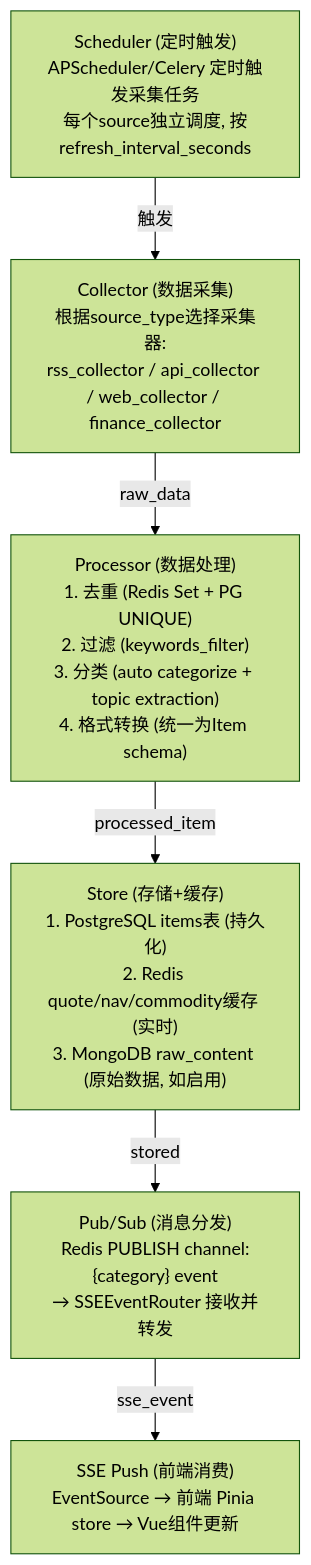
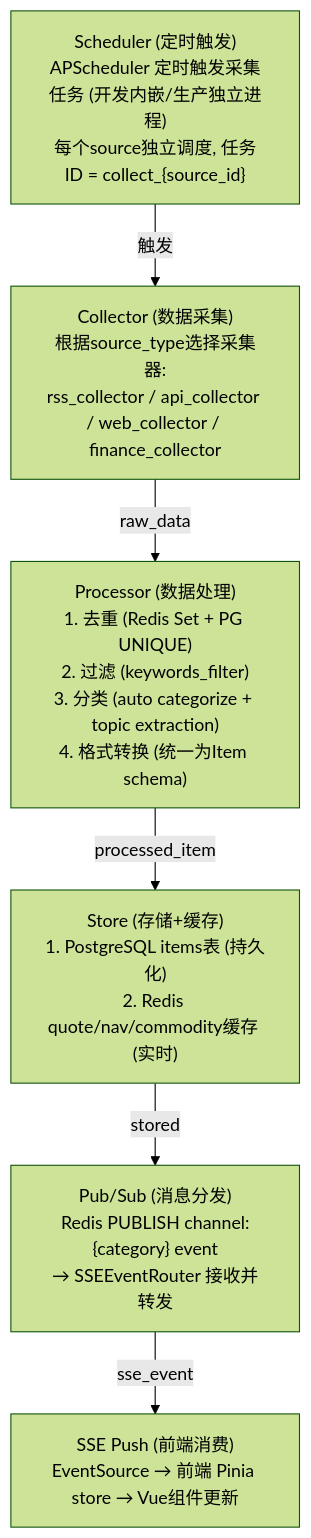
One commit to onceme/instantboard changed the first of 12 diagrams in docs/design/data-flow.md. Above: the diagram before and after it, drawn with Mermaid (forest theme). The commit also changed other lines of this file and 14 other files, not shown here.

````diff
--- a/docs/design/data-flow.md
+++ b/docs/design/data-flow.md
@@ -42,9 +42,9 @@
 ```mermaid
 graph TD
-    Scheduler["Scheduler (定时触发)<br>APScheduler/Celery 定时触发采集任务<br>每个source独立调度, 按refresh_interval_seconds"]
+    Scheduler["Scheduler (定时触发)<br>APScheduler 定时触发采集任务 (开发内嵌/生产独立进程)<br>每个source独立调度, 任务ID = collect_{source_id}"]
     Scheduler -->|"触发"| Collector["Collector (数据采集)<br>根据source_type选择采集器:<br>rss_collector / api_collector / web_collector / finance_collector"]
     Collector -->|"raw_data"| Processor["Processor (数据处理)<br>1. 去重 (Redis Set + PG UNIQUE)<br>2. 过滤 (keywords_filter)<br>3. 分类 (auto categorize + topic extraction)<br>4. 格式转换 (统一为Item schema)"]
-    Processor -->|"processed_item"| Store["Store (存储+缓存)<br>1. PostgreSQL items表 (持久化)<br>2. Redis quote/nav/commodity缓存 (实时)<br>3. MongoDB raw_content (原始数据, 如启用)"]
+    Processor -->|"processed_item"| Store["Store (存储+缓存)<br>1. PostgreSQL items表 (持久化)<br>2. Redis quote/nav/commodity缓存 (实时)"]
     Store -->|"stored"| PubSub["Pub/Sub (消息分发)<br>Redis PUBLISH channel:{category} event<br>→ SSEEventRouter 接收并转发"]
     PubSub -->|"sse_event"| SSEPush["SSE Push (前端消费)<br>EventSource → 前端 Pinia store → Vue组件更新"]
 ```
````
